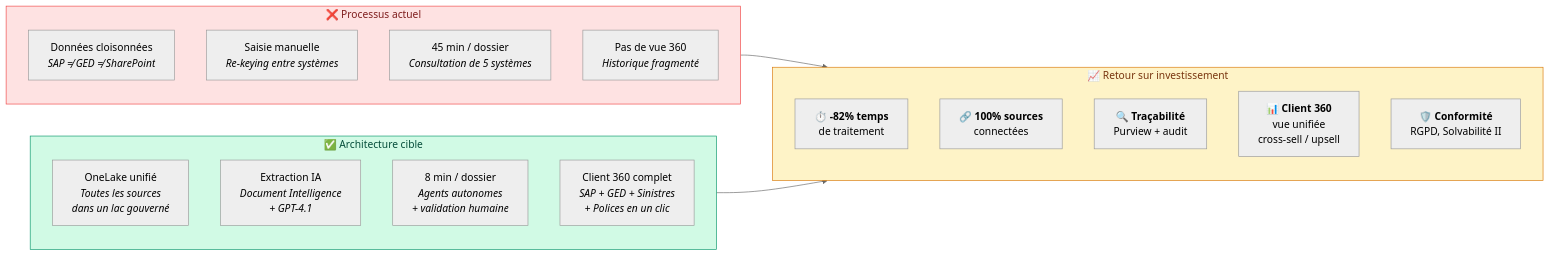
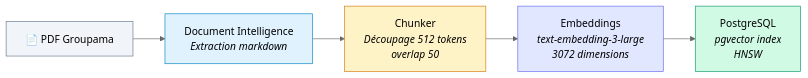
One commit to olivMertens/WorkbenchIQ changed the fifth of 6 diagrams in docs/ARCHITECTURE-AGENTIC.md. Above: the diagram before and after it, drawn with Mermaid (neutral theme). The commit also changed other lines of this file and 5 other files, not shown here.

First line of the commit message:
feat: fix CU extraction flickering + analyzer schema viewer + architecture docs split

````diff
--- a/docs/ARCHITECTURE-AGENTIC.md
+++ b/docs/ARCHITECTURE-AGENTIC.md
@@ -546,34 +222,13 @@
 ```mermaid
 graph LR
-    subgraph AUJOURD_HUI["❌ Processus actuel"]
-        direction TB
-        A1["Données cloisonnées<br/><i>SAP ≠ GED ≠ SharePoint</i>"]
-        A2["Saisie manuelle<br/><i>Re-keying entre systèmes</i>"]
-        A3["45 min / dossier<br/><i>Consultation de 5 systèmes</i>"]
-        A4["Pas de vue 360<br/><i>Historique fragmenté</i>"]
-    end
+    PDF["📄 PDF Groupama"] --> DI["Document Intelligence<br/><i>Extraction markdown</i>"]
+    DI --> CHUNK["Chunker<br/><i>Découpage 512 tokens<br/>overlap 50</i>"]
+    CHUNK --> EMB["Embeddings<br/><i>text-embedding-3-large<br/>3072 dimensions</i>"]
+    EMB --> PG["PostgreSQL<br/><i>pgvector index<br/>HNSW</i>"]
 
-    subgraph DEMAIN["✅ Architecture cible"]
-        direction TB
-        D1["OneLake unifié<br/><i>Toutes les sources<br/>dans un lac gouverné</i>"]
-        D2["Extraction IA<br/><i>Document Intelligence<br/>+ GPT-4.1</i>"]
-        D3["8 min / dossier<br/><i>Agents autonomes<br/>+ validation humaine</i>"]
-        D4["Client 360 complet<br/><i>SAP + GED + Sinistres<br/>+ Polices en un clic</i>"]
-    end
-
-    subgraph ROI["📈 Retour sur investissement"]
-        direction TB
-        R1["⏱️ <b>-82% temps</b><br/>de traitement"]
-        R2["🔗 <b>100% sources</b><br/>connectées"]
-        R3["🔍 <b>Traçabilité</b><br/>Purview + audit"]
-        R4["📊 <b>Client 360</b><br/>vue unifiée<br/>cross-sell / upsell"]
-        R5["🛡️ <b>Conformité</b><br/>RGPD, Solvabilité II"]
-    end
-
-    AUJOURD_HUI --> ROI
-    DEMAIN --> ROI
-
-    style AUJOURD_HUI fill:#fee2e2,stroke:#ef4444,color:#7f1d1d
-    style DEMAIN fill:#d1fae5,stroke:#059669,color:#064e3b
-    style ROI fill:#fef3c7,stroke:#d97706,color:#78350f
+    style PDF fill:#f1f5f9,stroke:#64748b
+    style DI fill:#e0f2fe,stroke:#0284c7
+    style CHUNK fill:#fef3c7,stroke:#d97706
+    style EMB fill:#e0e7ff,stroke:#6366f1
+    style PG fill:#d1fae5,stroke:#059669
 ```
````
